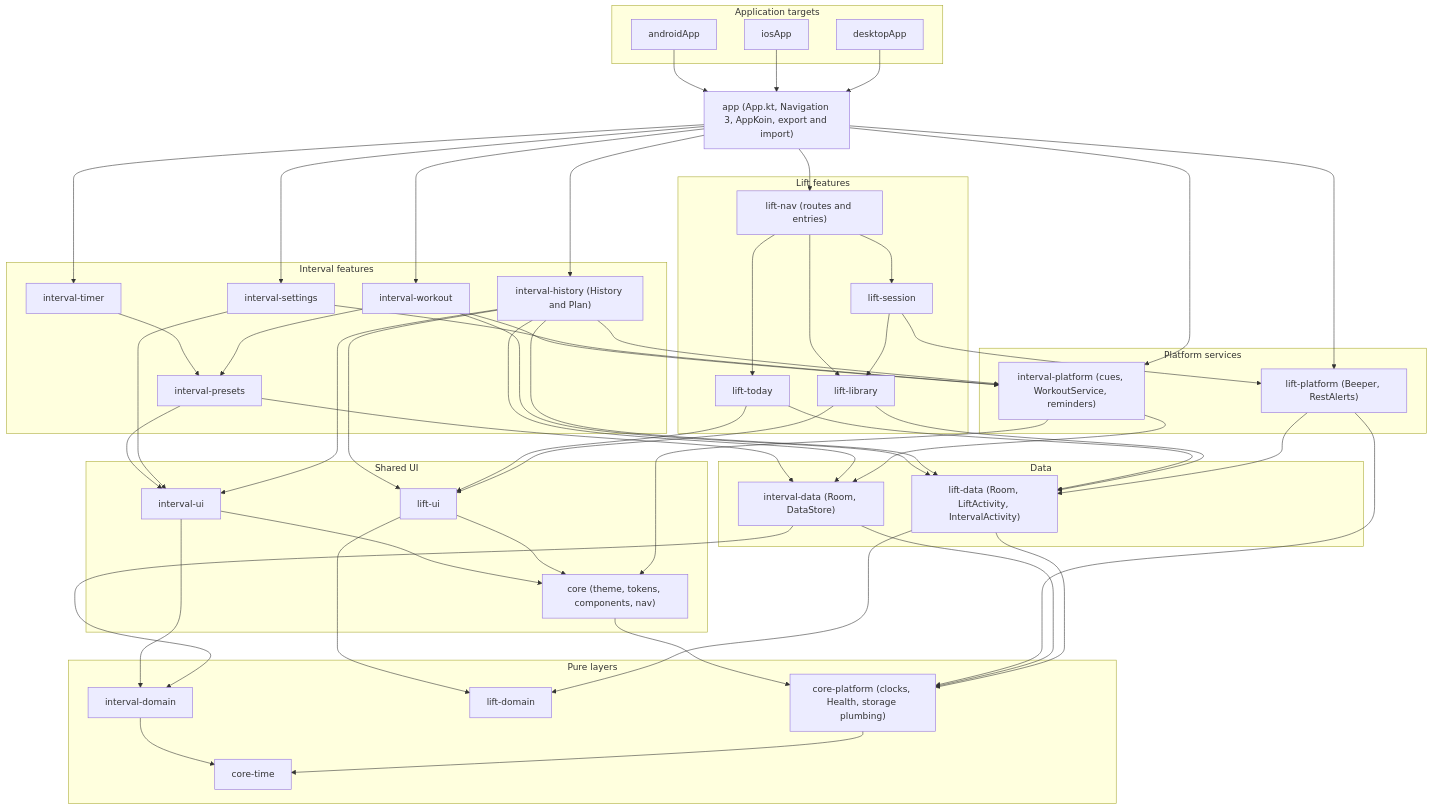
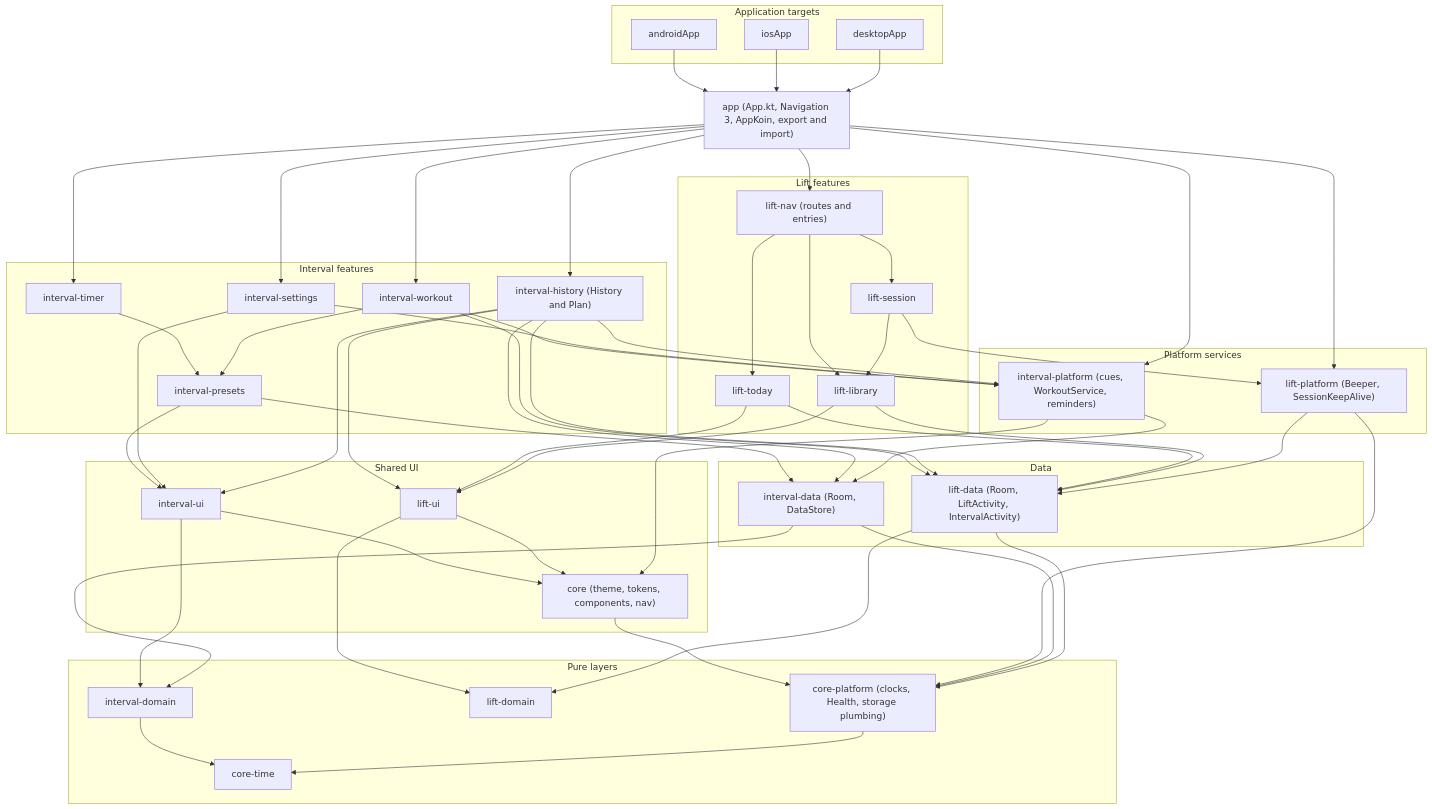
The first of 2 diagrams in docs/architecture.md (smithjustinn84-netizen/interval), drawn with Mermaid before and after one commit. The commit also changed other lines of this file and 41 other files, not shown here.

First line of the commit message:
Lift: the rest, an EMOM and a hold kept alive off screen, owned by the process

```diff
--- a/docs/architecture.md
+++ b/docs/architecture.md
@@ -47,7 +47,7 @@
 
     subgraph Platform ["Platform services"]
         IntervalPlatform["interval-platform (cues, WorkoutService, reminders)"]
-        LiftPlatform["lift-platform (Beeper, RestAlerts)"]
+        LiftPlatform["lift-platform (Beeper, SessionKeepAlive)"]
     end
 
     subgraph Data ["Data"]
```
